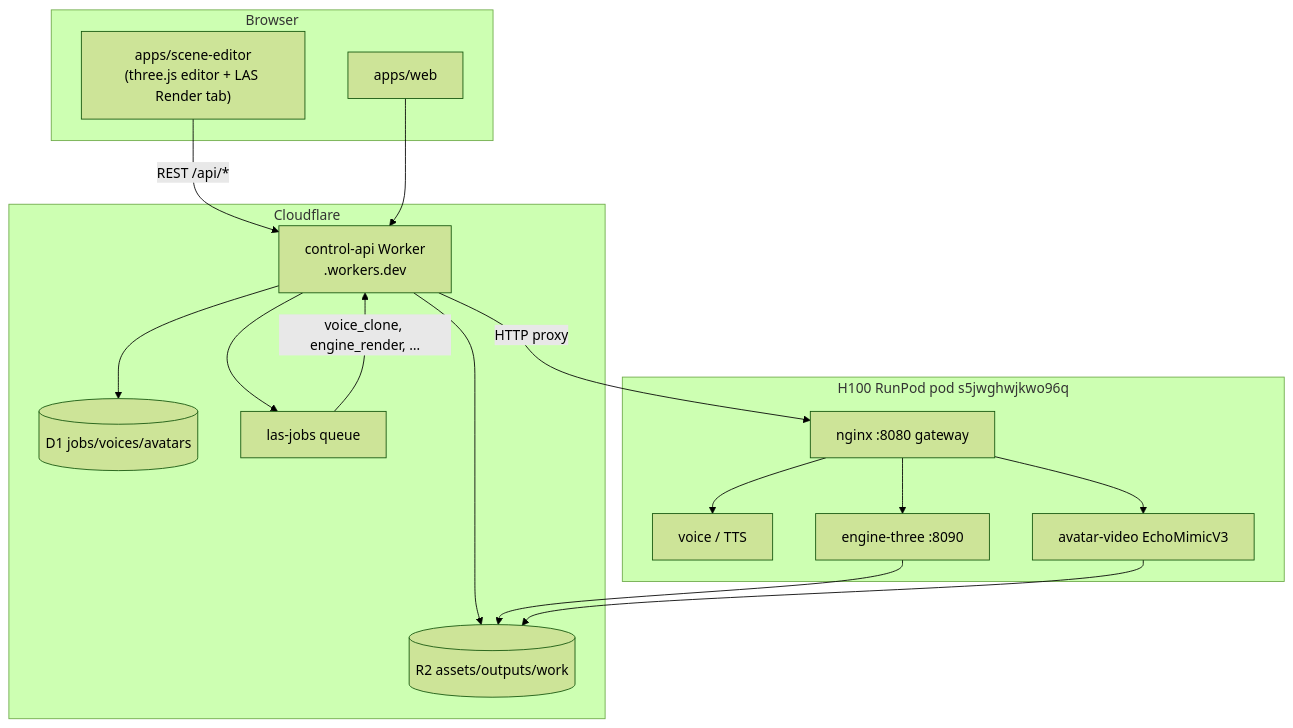
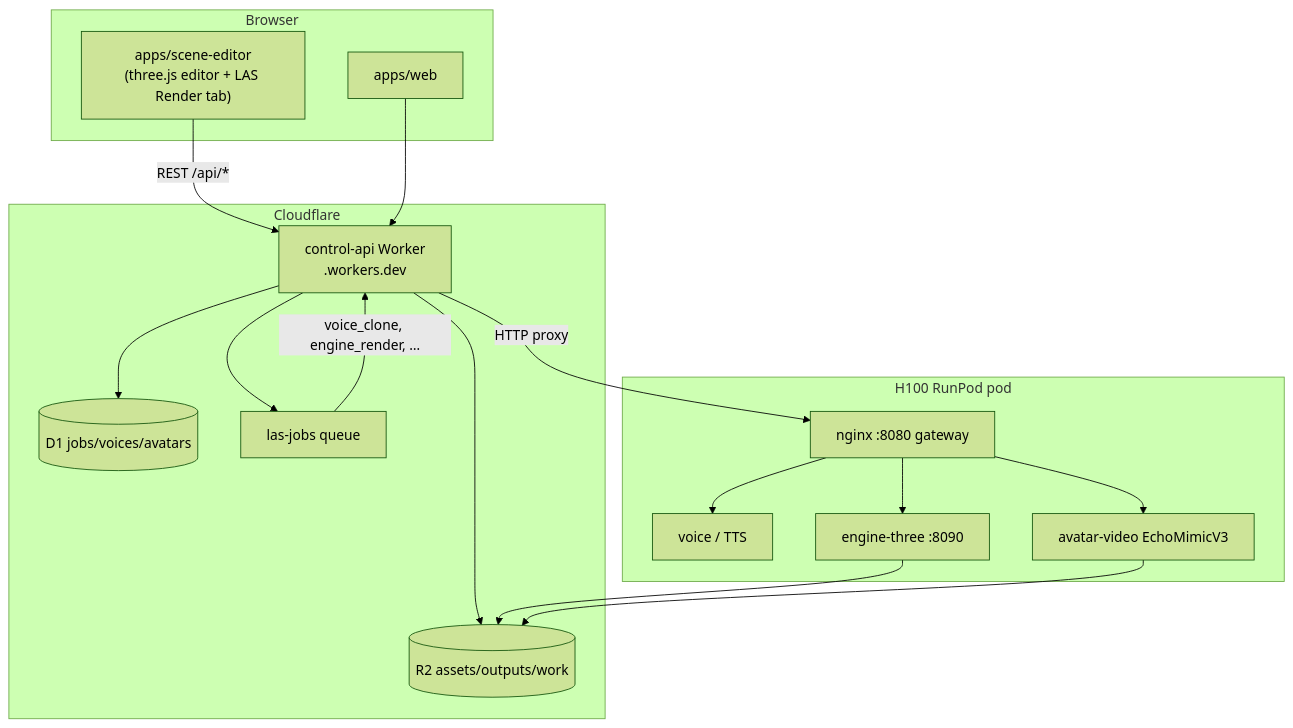
One commit to tech-sumit/LiveAvatarStream3D changed the diagram in docs/specs/2026-06-20-project-context.md. Above: the diagram before and after it, drawn with Mermaid (forest theme). The commit also changed other lines of this file and 41 other files, not shown here.

````diff
--- a/docs/specs/2026-06-20-project-context.md
+++ b/docs/specs/2026-06-20-project-context.md
@@ -25,34 +25,34 @@
 ```mermaid
 flowchart TB
   subgraph browser["Browser"]
     WEB["apps/web"]
     ED["apps/scene-editor\n(three.js editor + LAS Render tab)"]
   end
 
   subgraph cf["Cloudflare"]
     API["control-api Worker\n<your-worker>.workers.dev"]
     D1[(D1 jobs/voices/avatars)]
     R2[(R2 assets/outputs/work)]
     Q["las-jobs queue"]
     API --> D1
     API --> R2
     API --> Q
   end
 
-  subgraph pod["H100 RunPod pod s5jwghwjkwo96q"]
+  subgraph pod["H100 RunPod pod <pod-id>"]
     NGX["nginx :8080 gateway"]
     TTS["voice / TTS"]
     ECHO["avatar-video EchoMimicV3"]
     ENG["engine-three :8090"]
     NGX --> TTS
     NGX --> ECHO
     NGX --> ENG
   end
 
   ED -->|"REST /api/*"| API
   WEB --> API
   Q -->|"voice_clone, engine_render, …"| API
   API -->|"HTTP proxy"| NGX
   ENG --> R2
   ECHO --> R2
 ```
````
